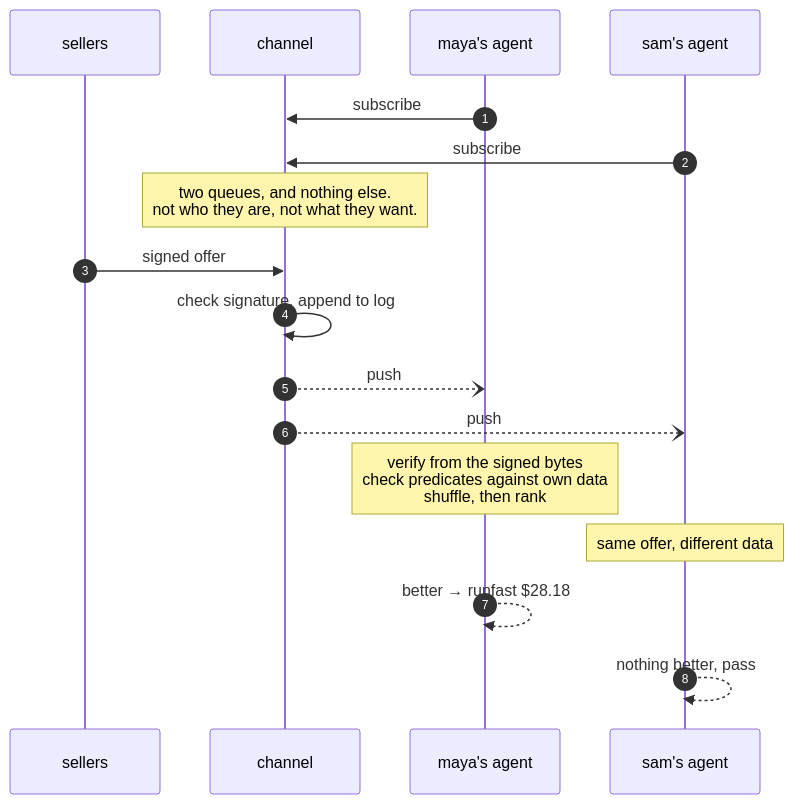
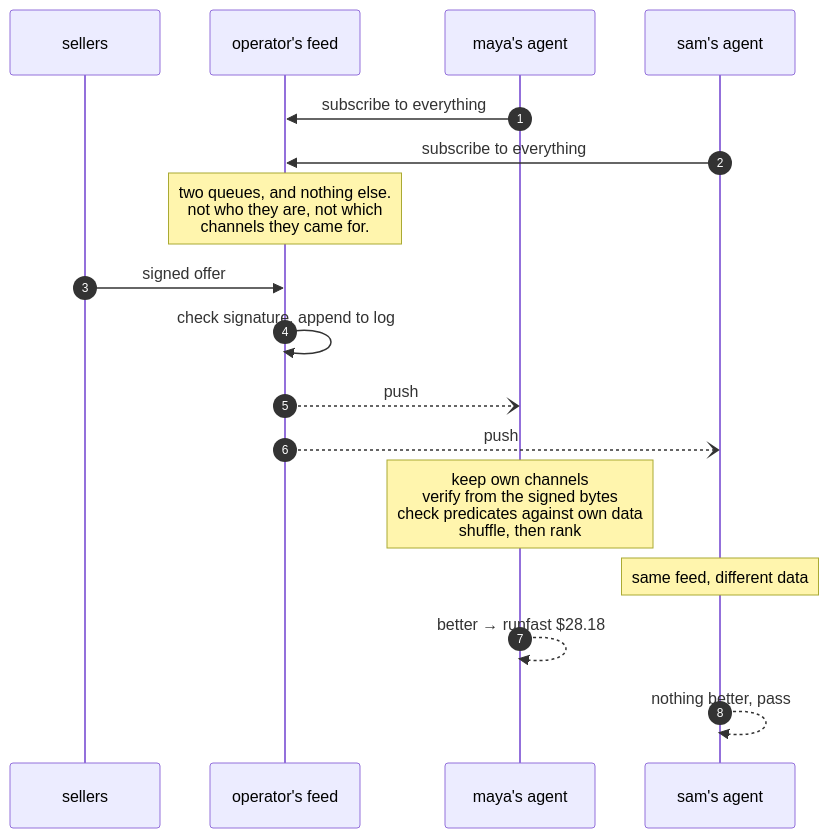
Before and after one commit to asulanet/inbound: the diagram in README.md, drawn with Mermaid. The commit also changed other lines of this file and 11 other files, not shown here.

````diff
--- a/README.md
+++ b/README.md
@@ -31,23 +32,23 @@
 ```mermaid
 sequenceDiagram
     autonumber
     participant S as sellers
-    participant O as channel
+    participant O as operator's feed
     participant M as maya's agent
     participant A as sam's agent
 
-    M->>O: subscribe
-    A->>O: subscribe
-    Note over O: two queues, and nothing else.<br/>not who they are, not what they want.
+    M->>O: subscribe to everything
+    A->>O: subscribe to everything
+    Note over O: two queues, and nothing else.<br/>not who they are, not which<br/>channels they came for.
 
     S->>O: signed offer
     O->>O: check signature, append to log
     O--)M: push
     O--)A: push
 
-    Note over M: verify from the signed bytes<br/>check predicates against own data<br/>shuffle, then rank
-    Note over A: same offer, different data
+    Note over M: keep own channels<br/>verify from the signed bytes<br/>check predicates against own data<br/>shuffle, then rank
+    Note over A: same feed, different data
 
     M-->>M: better → runfast $28.18
     A-->>A: nothing better, pass
 ```
````
